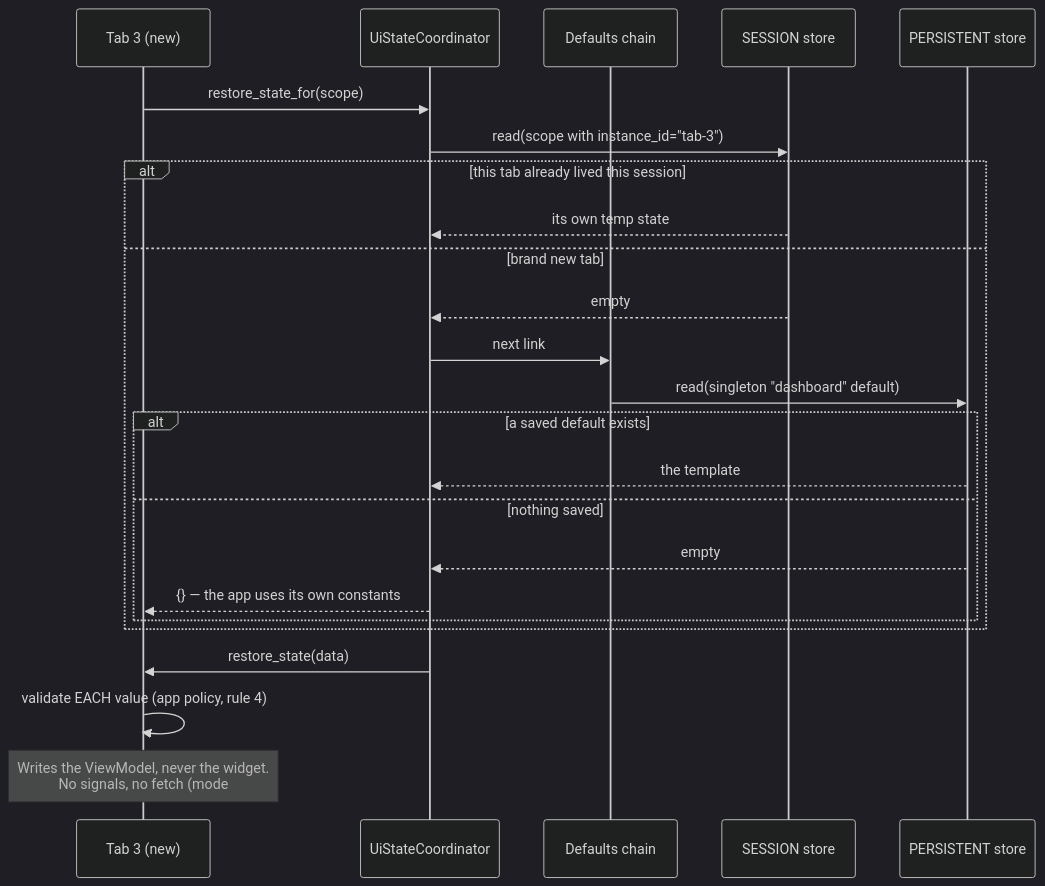
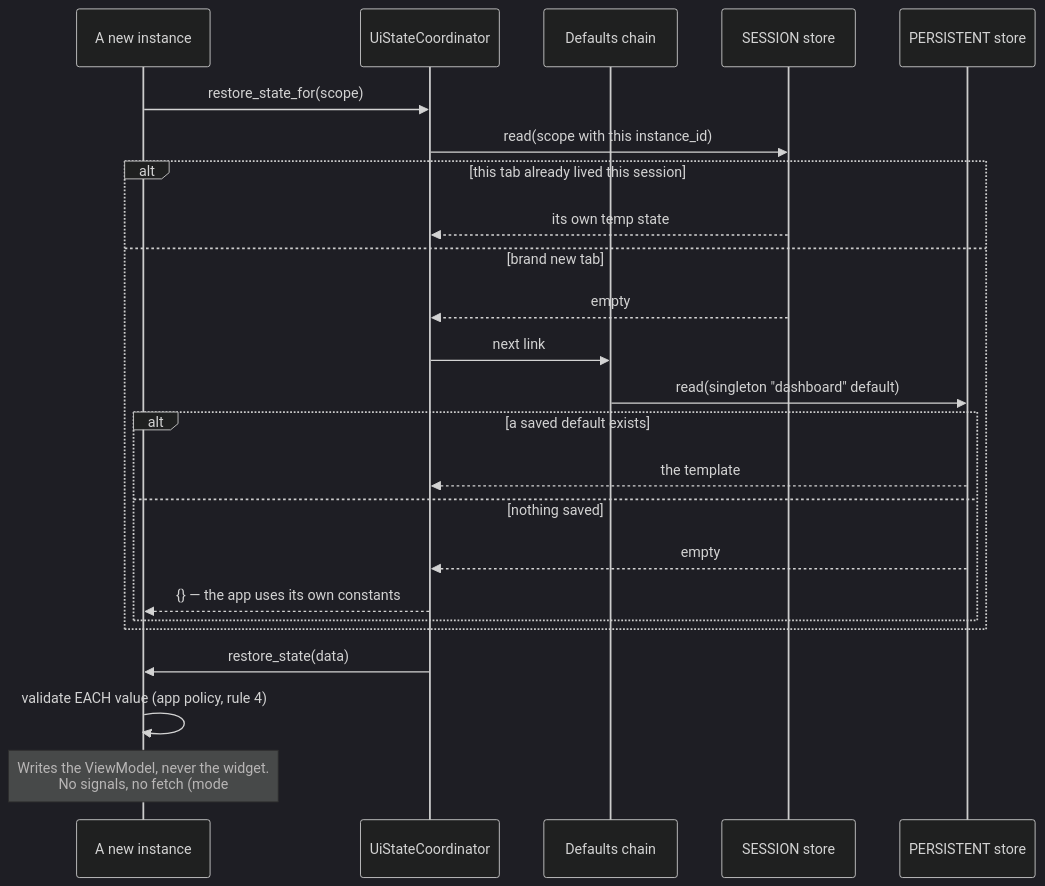
One commit to anhembedded/Sagittarius_Elite_Warrior changed the third of 4 diagrams in Tasks/epics/EPIC-010_ghi_nho_gia_tri_cuoi/design/DESIGN_2026-08-26_engine_state_extension.md. Above: the diagram before and after it, drawn with Mermaid (dark theme). The commit also changed other lines of this file, not shown here.

First line of the commit message:
docs(epic): EPIC-010 -- generalize identity from "tab container" to multiplicity

````diff
--- a/Tasks/epics/EPIC-010_ghi_nho_gia_tri_cuoi/design/DESIGN_2026-08-26_engine_state_extension.md
+++ b/Tasks/epics/EPIC-010_ghi_nho_gia_tri_cuoi/design/DESIGN_2026-08-26_engine_state_extension.md
@@ -192,27 +239,27 @@
 ```mermaid
 sequenceDiagram
-    participant T as Tab 3 (new)
+    participant T as A new instance
     participant CO as UiStateCoordinator
     participant CH as Defaults chain
     participant S as SESSION store
     participant P as PERSISTENT store
 
     T->>CO: restore_state_for(scope)
-    CO->>S: read(scope with instance_id="tab-3")
+    CO->>S: read(scope with this instance_id)
     alt this tab already lived this session
         S-->>CO: its own temp state
     else brand new tab
         S-->>CO: empty
         CO->>CH: next link
         CH->>P: read(singleton "dashboard" default)
         alt a saved default exists
             P-->>CO: the template
         else nothing saved
             P-->>CO: empty
             CO-->>T: {} — the app uses its own constants
         end
     end
     CO->>T: restore_state(data)
     T->>T: validate EACH value (app policy, rule 4)
     Note over T: Writes the ViewModel, never the widget.<br/>No signals, no fetch (mode #12).
 ```
````
